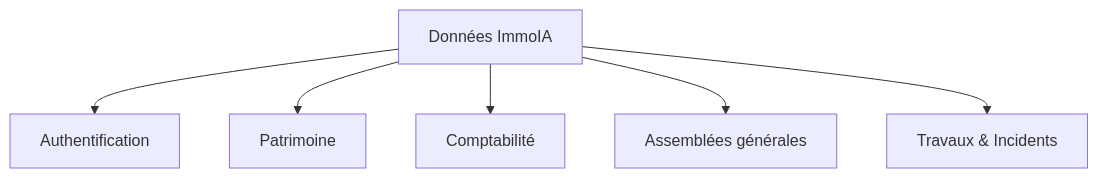
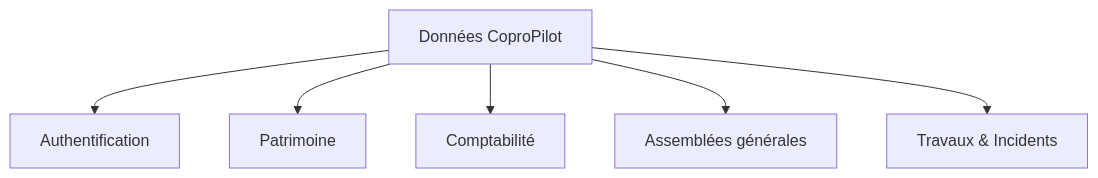
The first of 5 diagrams in docs/donnees.md (Wifsimster/copro-pilot), drawn with Mermaid before and after one commit. The commit also changed other lines of this file and 43 other files, not shown here.

First line of the commit message:
feat: rebrand ImmoIA to CoproPilot and enhance UI with mutation updates

````diff
--- a/docs/donnees.md
+++ b/docs/donnees.md
@@ -7,8 +7,8 @@
 ```mermaid
 graph TD
-    A[Données ImmoIA] --> B[Authentification]
+    A[Données CoproPilot] --> B[Authentification]
     A --> C[Patrimoine]
     A --> D[Comptabilité]
     A --> E[Assemblées générales]
     A --> F[Travaux & Incidents]
 ```
````
